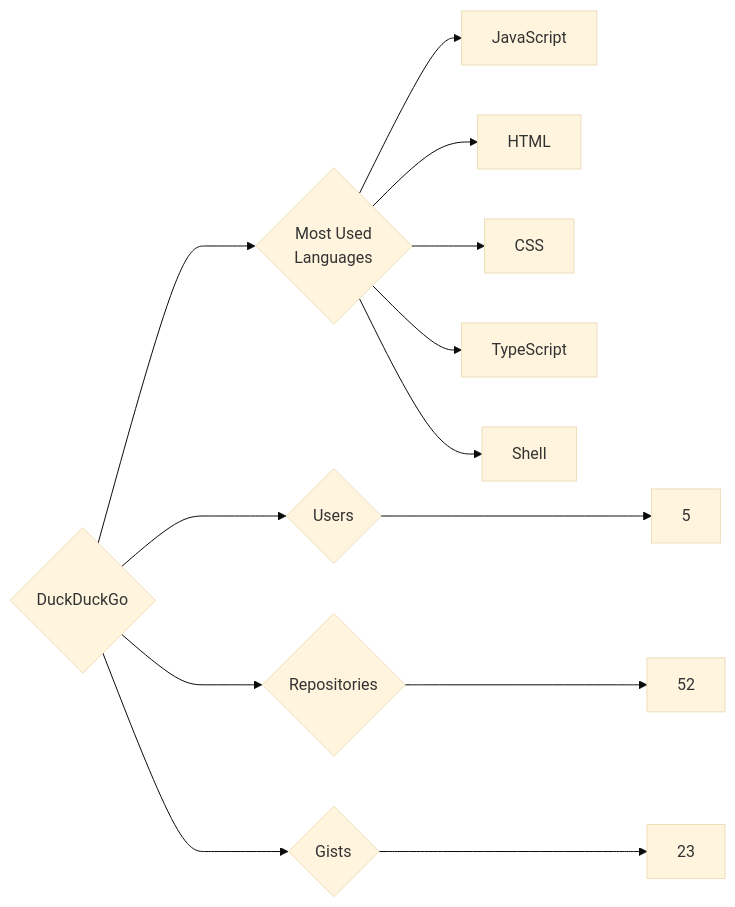
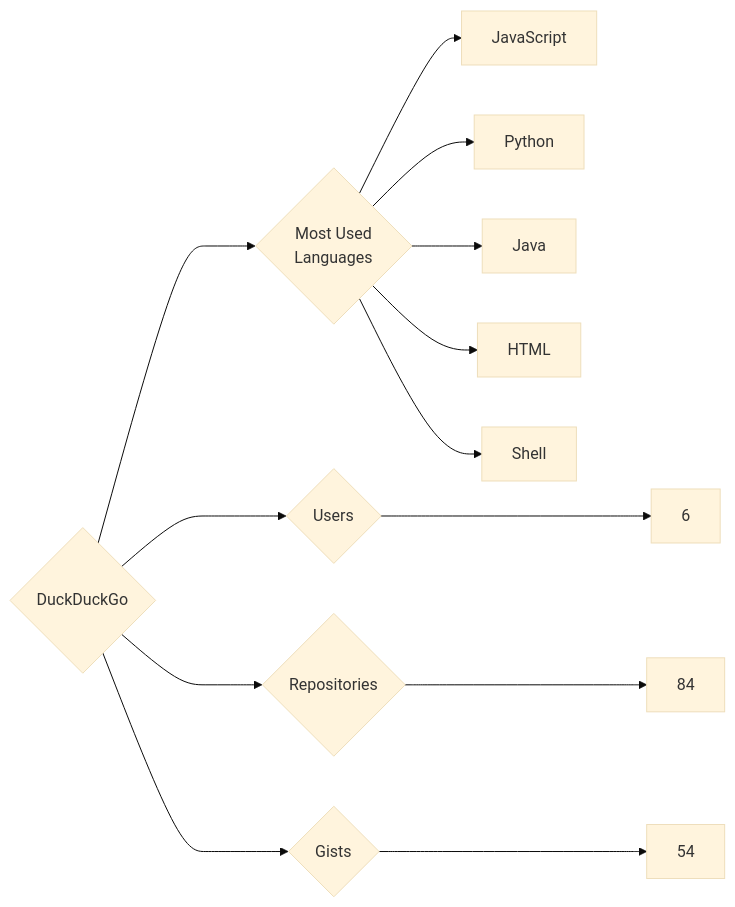
One commit to trickest/insiders changed the diagram in targets/DuckDuckGo/README.md. Above: the diagram before and after it, drawn with Mermaid (base theme). The commit also changed 1167 other files, not shown here.

````diff
--- a/targets/DuckDuckGo/README.md
+++ b/targets/DuckDuckGo/README.md
@@ -3,13 +3,13 @@
 ```mermaid
 graph LR
 COMPANY_NAME{DuckDuckGo}
-COMPANY_NAME ---> U{Users} ---> UN[5]
-COMPANY_NAME ---> R{Repositories} ---> RN[52]
-COMPANY_NAME ---> G{Gists} ---> GN[23]
+COMPANY_NAME ---> U{Users} ---> UN[6]
+COMPANY_NAME ---> R{Repositories} ---> RN[84]
+COMPANY_NAME ---> G{Gists} ---> GN[54]
 COMPANY_NAME ---> ML{Most Used<br>Languages}
 ML --> JavaScript[JavaScript]
+ML --> Python[Python]
+ML --> Java[Java]
 ML --> HTML[HTML]
-ML --> CSS[CSS]
-ML --> TypeScript[TypeScript]
 ML --> Shell[Shell]
 ```
````
